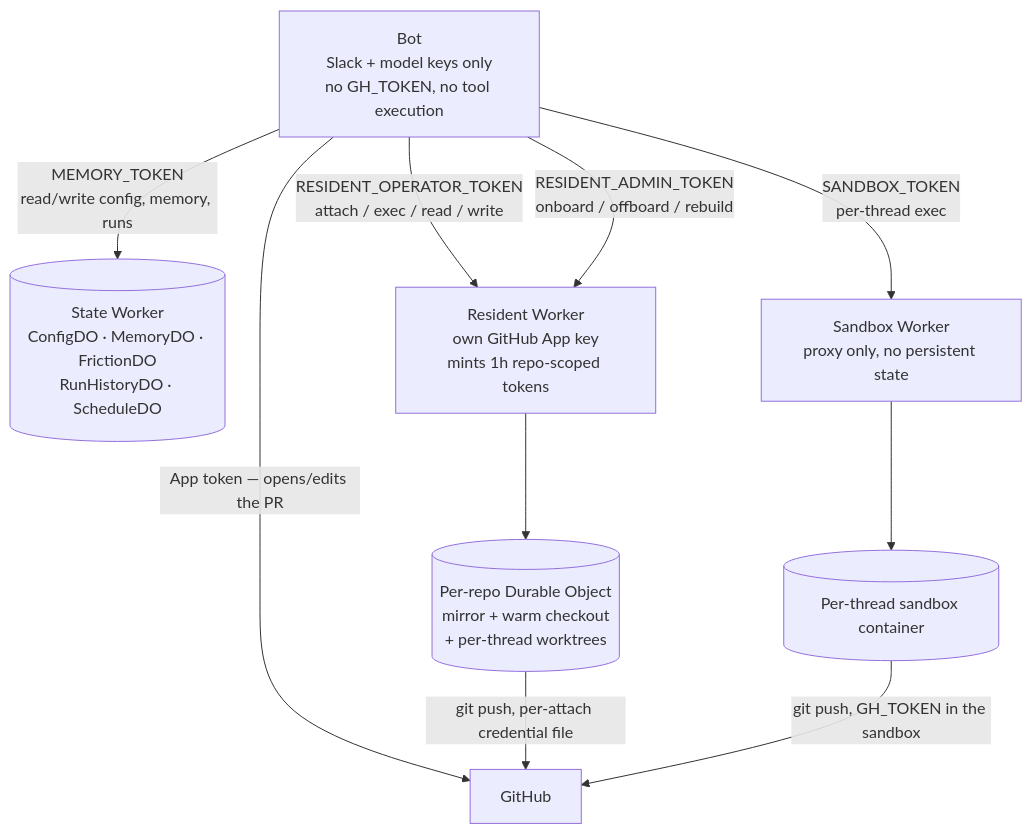
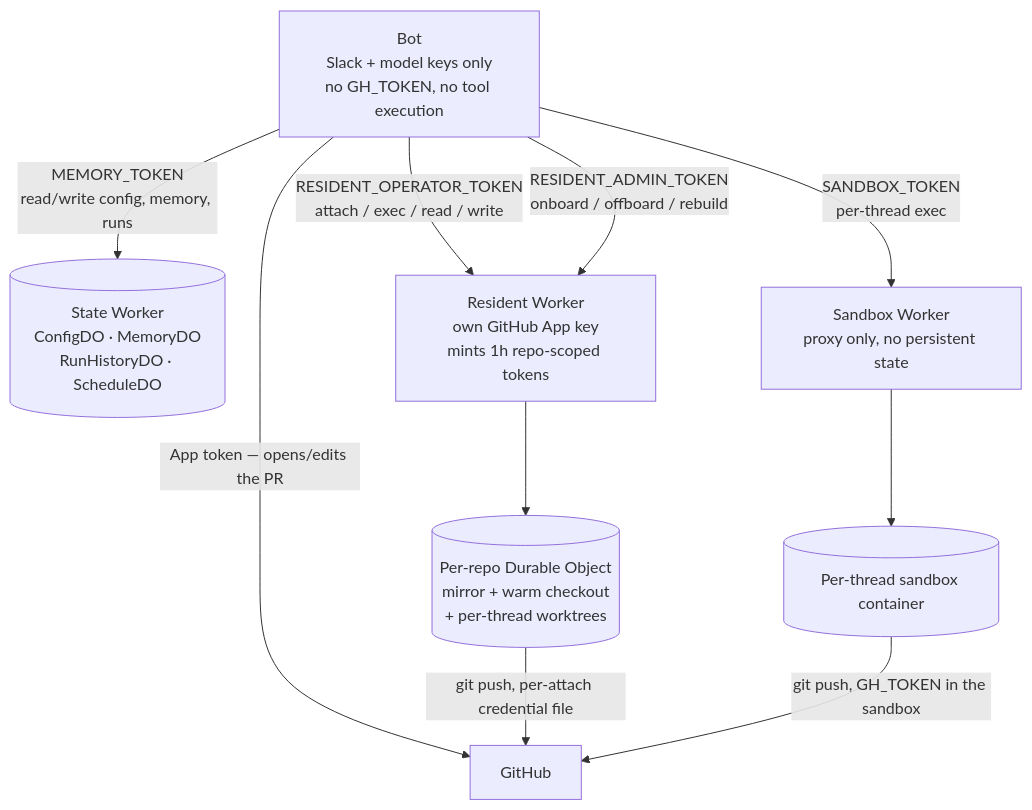
Before and after one commit to coreplanelabs/switchboard: the first of 2 diagrams in docs/explanation/worker-topology.md, drawn with Mermaid. The commit also changed other lines of this file and 33 other files, not shown here.

````diff
--- a/docs/explanation/worker-topology.md
+++ b/docs/explanation/worker-topology.md
@@ -14,23 +14,23 @@
 ```mermaid
 flowchart TD
     BOT["Bot<br/>Slack + model keys only<br/>no GH_TOKEN, no tool execution"]
 
-    STATE[("State Worker<br/>ConfigDO · MemoryDO · FrictionDO<br/>RunHistoryDO · ScheduleDO")]
+    STATE[("State Worker<br/>ConfigDO · MemoryDO<br/>RunHistoryDO · ScheduleDO")]
     RESIDENT["Resident Worker<br/>own GitHub App key<br/>mints 1h repo-scoped tokens"]
     SANDBOX["Sandbox Worker<br/>proxy only, no persistent state"]
 
     RDO[("Per-repo Durable Object<br/>mirror + warm checkout<br/>+ per-thread worktrees")]
     SDO[("Per-thread sandbox container")]
     GH["GitHub"]
 
     BOT -->|"MEMORY_TOKEN<br/>read/write config, memory, runs"| STATE
     BOT -->|"RESIDENT_OPERATOR_TOKEN<br/>attach / exec / read / write"| RESIDENT
     BOT -->|"RESIDENT_ADMIN_TOKEN<br/>onboard / offboard / rebuild"| RESIDENT
     BOT -->|"SANDBOX_TOKEN<br/>per-thread exec"| SANDBOX
     BOT -->|"App token — opens/edits the PR"| GH
 
     RESIDENT --> RDO
     SANDBOX --> SDO
     RDO -->|"git push, per-attach credential file"| GH
     SDO -->|"git push, GH_TOKEN in the sandbox"| GH
 ```
````
